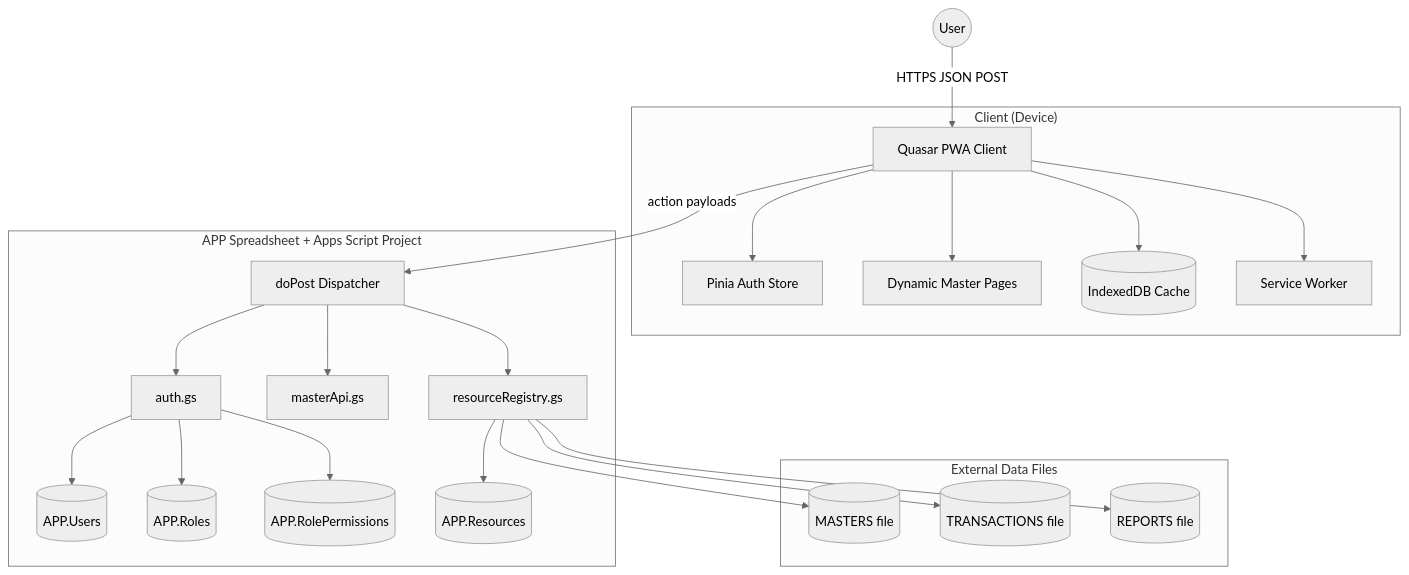
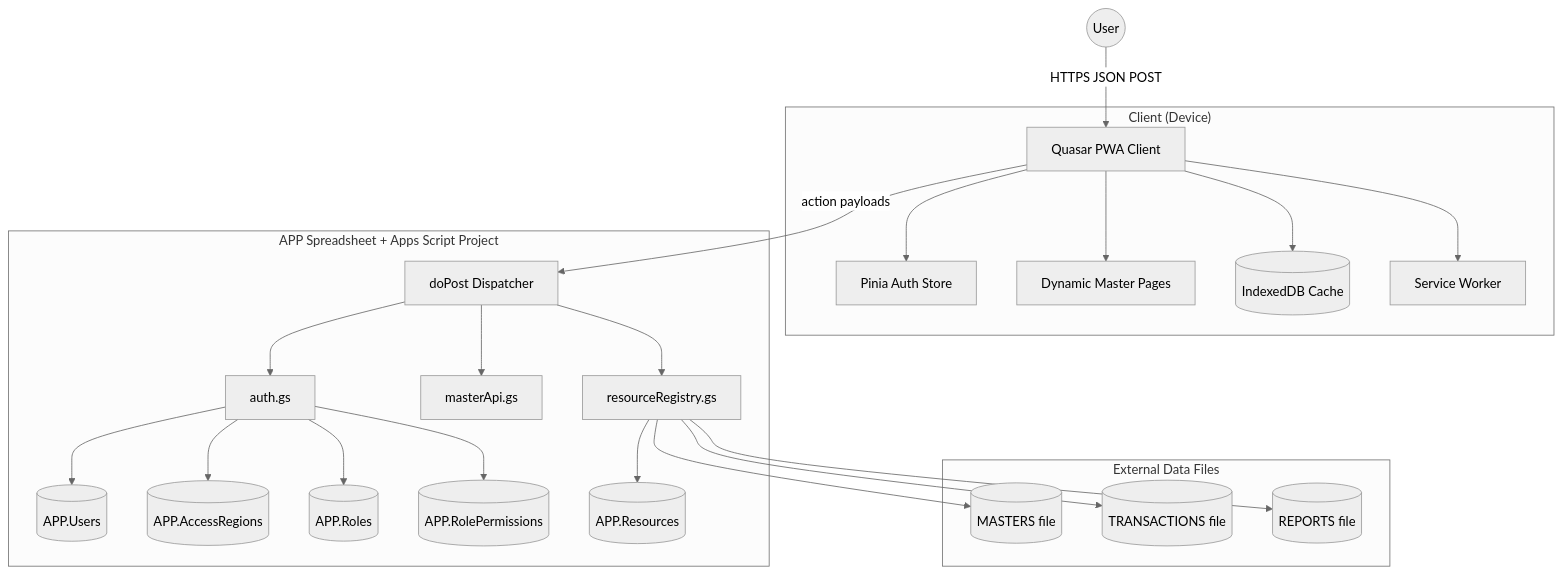
The diagram in Documents/Architecture.md (firumon/little-leap-aql), drawn with Mermaid (neutral theme) before and after one commit. The commit also changed other lines of this file and 32 other files, not shown here.

First line of the commit message:
feat: implement ParentResource schema and update related logic

````diff
--- a/Documents/Architecture.md
+++ b/Documents/Architecture.md
@@ -5,28 +5,29 @@
 ```mermaid
 graph TD
     User((User)) -->|HTTPS JSON POST| PWA[Quasar PWA Client]
 
     subgraph "Client (Device)"
         PWA --> AuthStore[Pinia Auth Store]
         PWA --> MasterPages[Dynamic Master Pages]
         PWA --> IDB[(IndexedDB Cache)]
         PWA --> SW[Service Worker]
     end
 
     subgraph "APP Spreadsheet + Apps Script Project"
         PWA -->|action payloads| GAS[doPost Dispatcher]
         GAS --> AUTH[auth.gs]
         GAS --> MASTER[masterApi.gs]
         GAS --> REGISTRY[resourceRegistry.gs]
         AUTH --> USERS[(APP.Users)]
+        AUTH --> ACCESSREG[(APP.AccessRegions)]
         AUTH --> ROLES[(APP.Roles)]
         AUTH --> ROLEPERM[(APP.RolePermissions)]
         REGISTRY --> RESOURCES[(APP.Resources)]
     end
 
     subgraph "External Data Files"
         REGISTRY --> MASTERS[(MASTERS file)]
         REGISTRY --> TRANS[(TRANSACTIONS file)]
         REGISTRY --> REPORTS[(REPORTS file)]
     end
 ```
````
